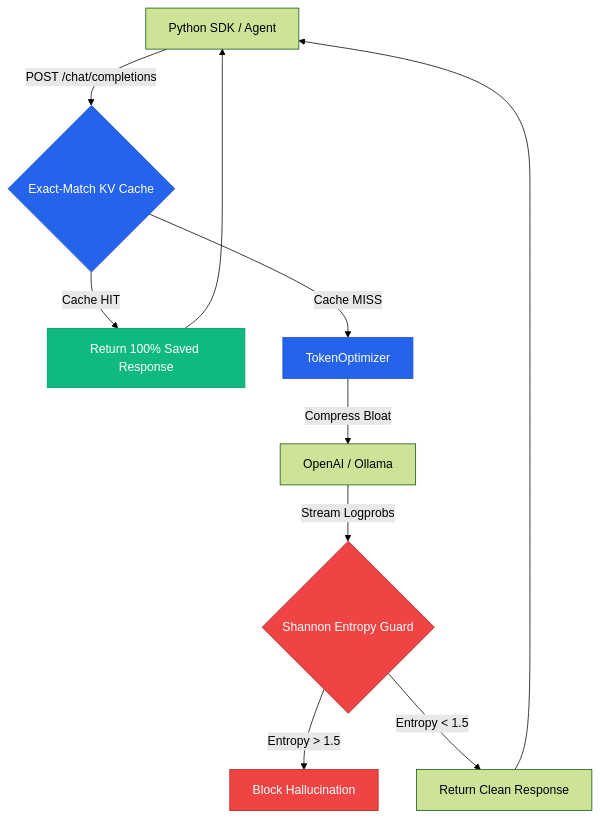
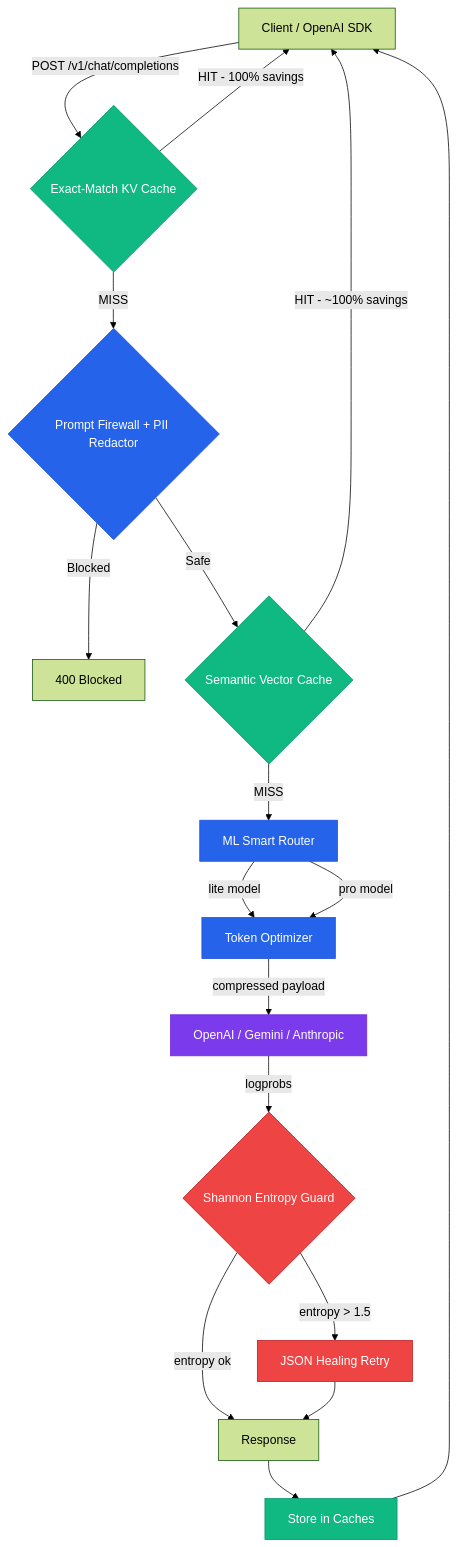
One commit to chaitanya-sharmaa/axon changed the diagram in README.md. Above: the diagram before and after it, drawn with Mermaid (forest theme). The commit also changed other lines of this file and 37 other files, not shown here.

````diff
--- a/README.md
+++ b/README.md
@@ -154,21 +431,29 @@
 ```mermaid
 graph TD
-    Client[Python SDK / Agent] -->|POST /chat/completions| Cache{Exact-Match KV Cache}
-    Cache -->|Cache HIT| HIT[Return 100% Saved Response]
-    HIT --> Client
-    
-    Cache -->|Cache MISS| Opt[TokenOptimizer]
-    Opt -->|Compress Bloat| LLM[OpenAI / Ollama]
-    LLM -->|Stream Logprobs| Guard{Shannon Entropy Guard}
-    Guard -->|Entropy > 1.5| Block[Block Hallucination]
-    Guard -->|Entropy < 1.5| Pass[Return Clean Response]
-    Pass --> Client
-    
+    Client[Client / OpenAI SDK] -->|POST /v1/chat/completions| L1{Exact-Match KV Cache}
+    L1 -->|HIT - 100% savings| Client
+    L1 -->|MISS| Firewall{Prompt Firewall + PII Redactor}
+    Firewall -->|Blocked| Reject[400 Blocked]
+    Firewall -->|Safe| L2{Semantic Vector Cache}
+    L2 -->|HIT - ~100% savings| Client
+    L2 -->|MISS| Router[ML Smart Router]
+    Router -->|lite model| Compress[Token Optimizer]
+    Router -->|pro model| Compress
+    Compress -->|compressed payload| LLM[OpenAI / Gemini / Anthropic]
+    LLM -->|logprobs| Entropy{Shannon Entropy Guard}
+    Entropy -->|entropy > 1.5| Heal[JSON Healing Retry]
+    Entropy -->|entropy ok| Resp[Response]
+    Heal --> Resp
+    Resp --> Store[Store in Caches]
+    Store --> Client
+
     classDef axon fill:#2563eb,stroke:#1d4ed8,color:#fff
     classDef cache fill:#10b981,stroke:#059669,color:#fff
     classDef guard fill:#ef4444,stroke:#b91c1c,color:#fff
-    
-    class Cache,Opt axon
-    class HIT cache
-    class Guard,Block guard
+    classDef llm fill:#7c3aed,stroke:#6d28d9,color:#fff
+
+    class Router,Compress,Firewall axon
+    class L1,L2,Store cache
+    class Entropy,Heal guard
+    class LLM llm
 ```
````
